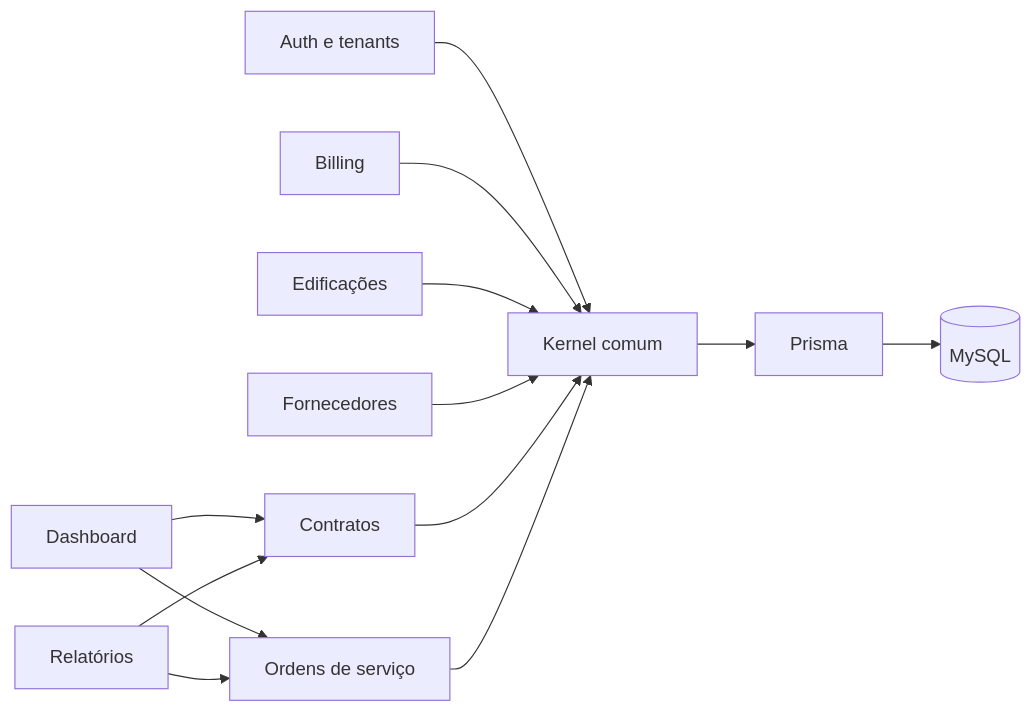
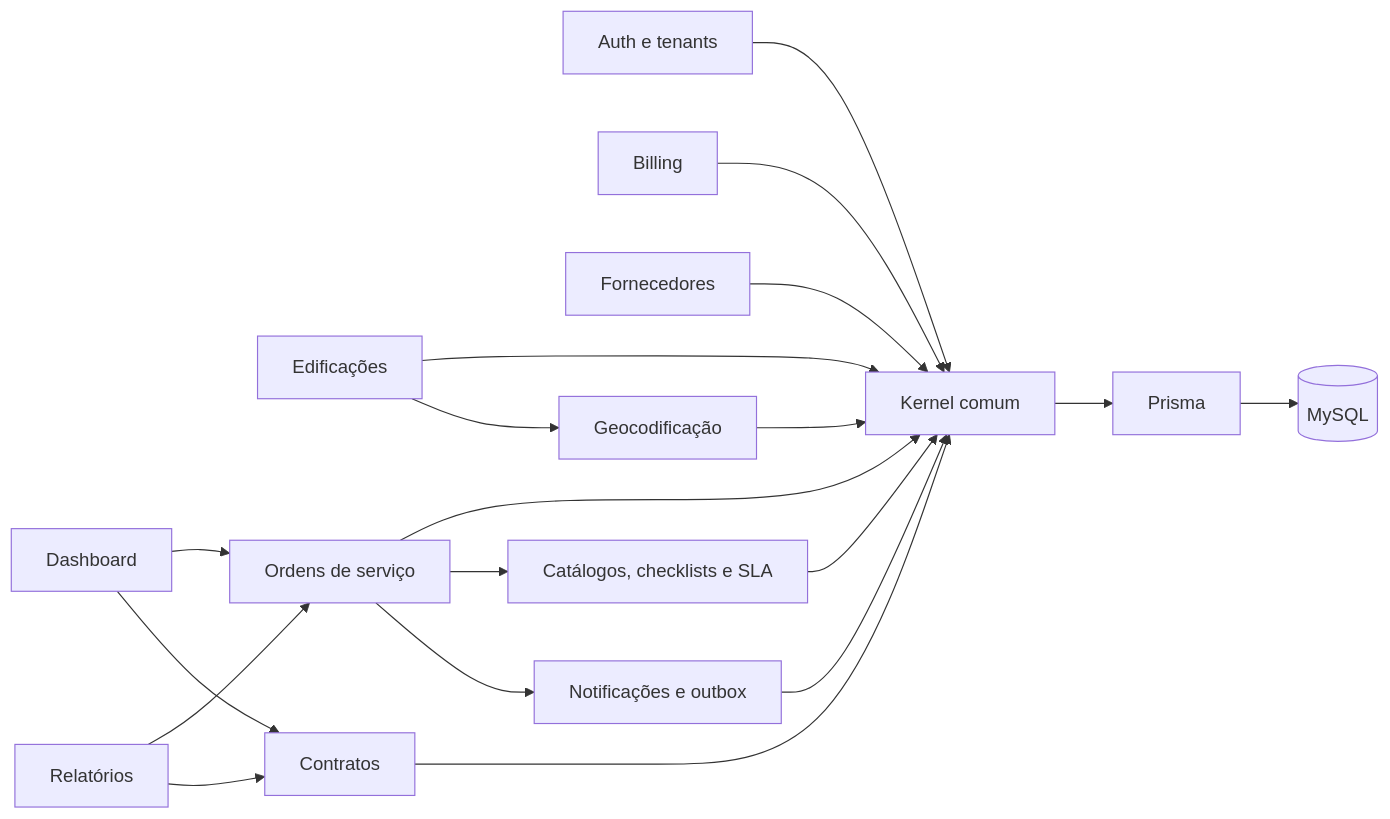
One commit to andrebaetaobraspublicas-collab/manutencao-predial changed the third of 5 diagrams in docs/01-arquitetura-tecnica.md. Above: the diagram before and after it, drawn with Mermaid. The commit also changed other lines of this file and 93 other files, not shown here.

````diff
--- a/docs/01-arquitetura-tecnica.md
+++ b/docs/01-arquitetura-tecnica.md
@@ -78,15 +78,21 @@
 ```mermaid
 flowchart LR
     AUTH[Auth e tenants] --> CORE[Kernel comum]
     BILL[Billing] --> CORE
     BLD[Edificações] --> CORE
     SUP[Fornecedores] --> CORE
     CON[Contratos] --> CORE
+    OPS[Catálogos, checklists e SLA] --> CORE
+    GEO[Geocodificação] --> CORE
+    NOTIF[Notificações e outbox] --> CORE
     WO[Ordens de serviço] --> CORE
+    WO --> OPS
+    WO --> NOTIF
+    BLD --> GEO
     DASH[Dashboard] --> WO
     DASH --> CON
     REP[Relatórios] --> WO
     REP --> CON
     CORE --> PRISMA[Prisma]
     PRISMA --> MYSQL[(MySQL)]
 ```
````
